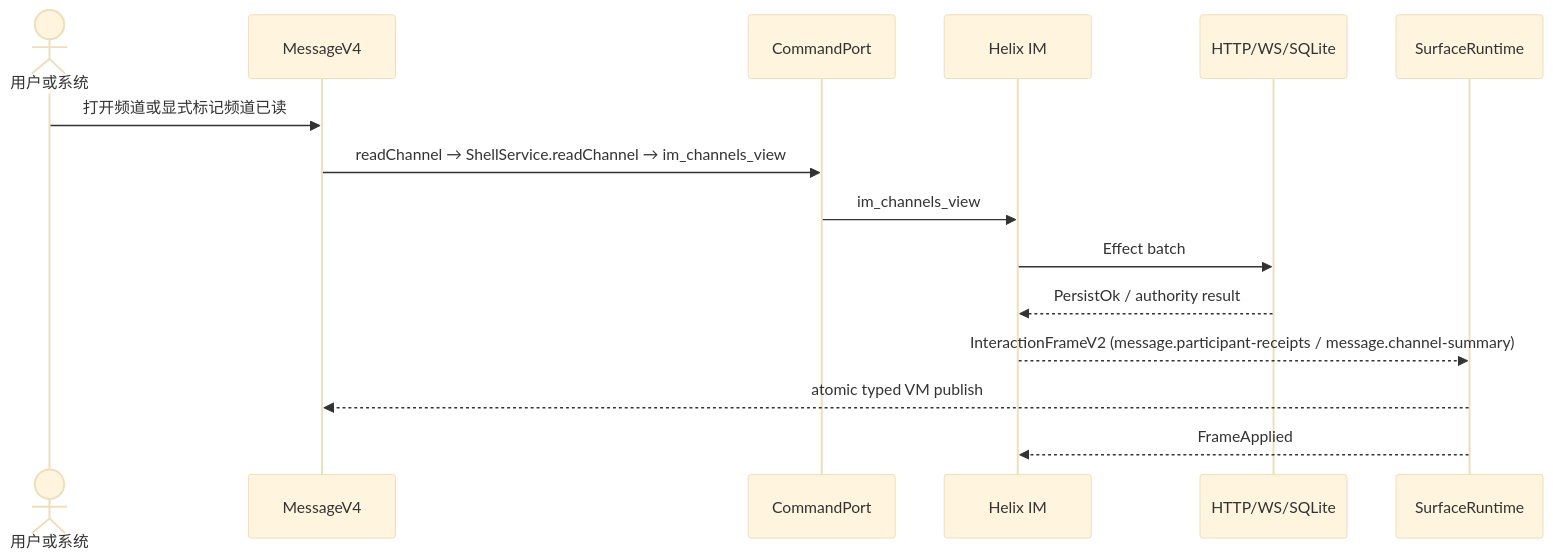
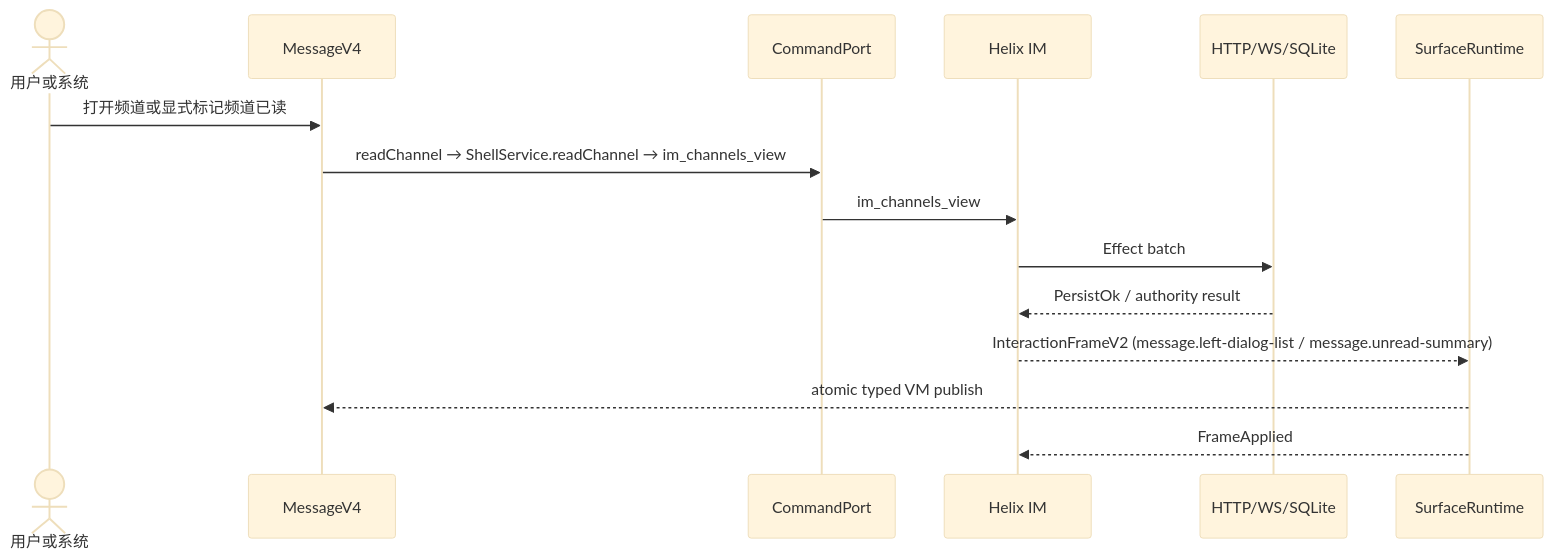
The diagram in docs/interaction-frame-v2-全量替换-按UC/G13/03-用户交互流程.mmd (zxs1633079383/helix), drawn with Mermaid (base theme) before and after one commit. The commit also changed 44 other files, not shown here.

```diff
--- a/docs/interaction-frame-v2-全量替换-按UC/G13/03-用户交互流程.mmd
+++ b/docs/interaction-frame-v2-全量替换-按UC/G13/03-用户交互流程.mmd
@@ -1,16 +1,16 @@
 sequenceDiagram
     actor User as 用户或系统
     participant UI as MessageV4
     participant Port as CommandPort
     participant Helix as Helix IM
     participant Infra as HTTP/WS/SQLite
     participant Runtime as SurfaceRuntime
 
     User->>UI: 打开频道或显式标记频道已读
     UI->>Port: readChannel → ShellService.readChannel → im_channels_view
     Port->>Helix: im_channels_view
     Helix->>Infra: Effect batch
     Infra-->>Helix: PersistOk / authority result
-    Helix-->>Runtime: InteractionFrameV2 (message.participant-receipts / message.channel-summary)
+    Helix-->>Runtime: InteractionFrameV2 (message.left-dialog-list / message.unread-summary)
     Runtime-->>UI: atomic typed VM publish
     Runtime-->>Helix: FrameApplied
```
